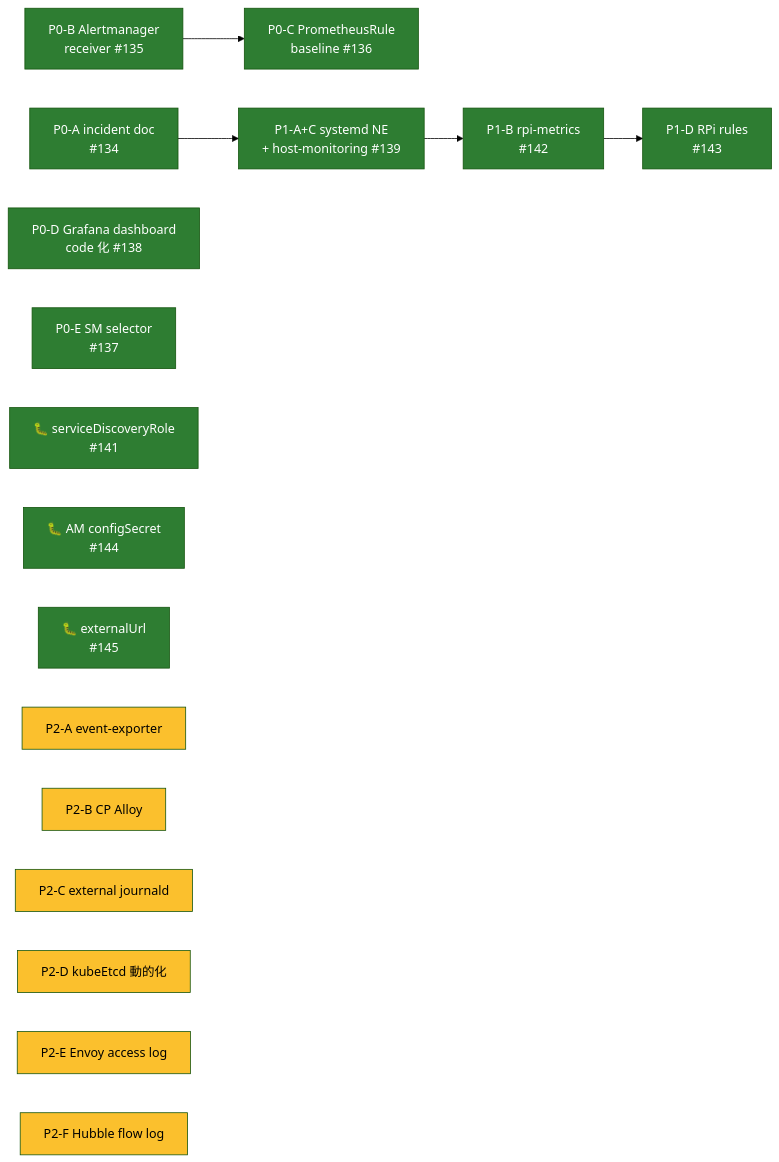
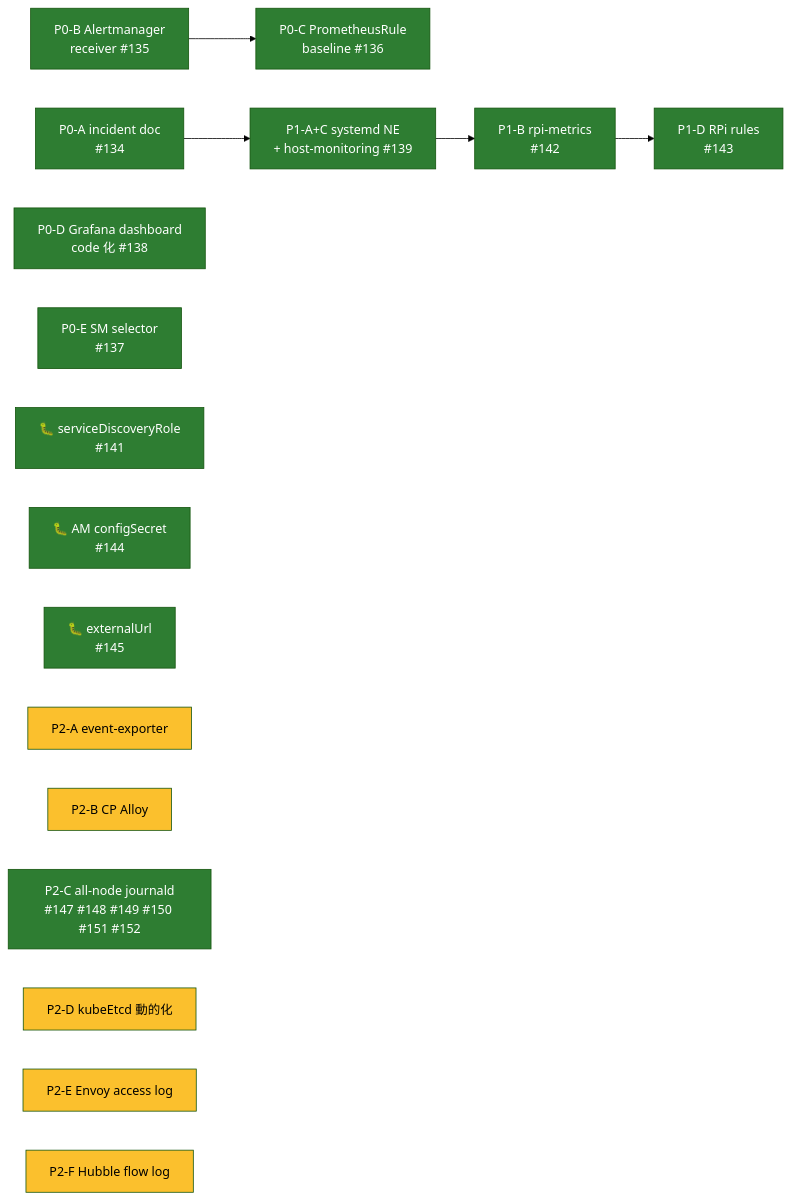
Before and after one commit to bright-room/br-cluster: the diagram in docs/observability-plan.md, drawn with Mermaid (forest theme). The commit also changed other lines of this file, not shown here.

````diff
--- a/docs/observability-plan.md
+++ b/docs/observability-plan.md
@@ -19,31 +19,31 @@
 ```mermaid
 flowchart LR
   classDef done fill:#2e7d32,color:#fff
   classDef p2 fill:#fbc02d,color:#000
   classDef p3 fill:#9e9e9e,color:#fff
 
   P0A["P0-A incident doc<br/>#134"]:::done
   P0B["P0-B Alertmanager<br/>receiver #135"]:::done
   P0C["P0-C PrometheusRule<br/>baseline #136"]:::done
   P0D["P0-D Grafana dashboard<br/>code 化 #138"]:::done
   P0E["P0-E SM selector<br/>#137"]:::done
   P0F["🐛 serviceDiscoveryRole<br/>#141"]:::done
 
   P1AC["P1-A+C systemd NE<br/>+ host-monitoring #139"]:::done
   P1B["P1-B rpi-metrics<br/>#142"]:::done
   P1D["P1-D RPi rules<br/>#143"]:::done
   P1F["🐛 AM configSecret<br/>#144"]:::done
   P1G["🐛 externalUrl<br/>#145"]:::done
 
   P2A["P2-A event-exporter"]:::p2
   P2B["P2-B CP Alloy"]:::p2
-  P2C["P2-C external journald"]:::p2
+  P2C["P2-C all-node journald<br/>#147 #148 #149 #150 #151 #152"]:::done
   P2D["P2-D kubeEtcd 動的化"]:::p2
   P2E["P2-E Envoy access log"]:::p2
   P2F["P2-F Hubble flow log"]:::p2
 
   P0A --> P1AC
   P0B --> P0C
   P1AC --> P1B
   P1B --> P1D
 ```
````
